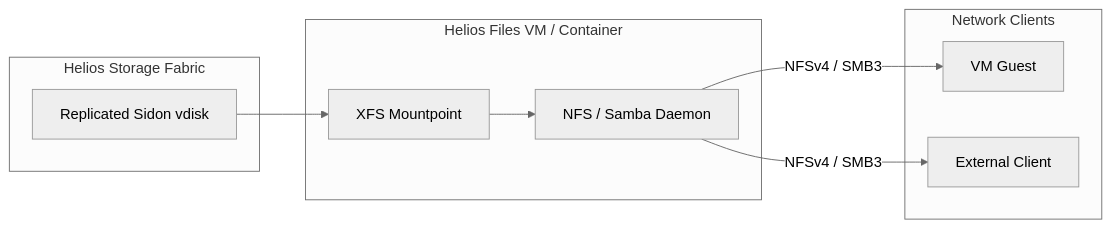
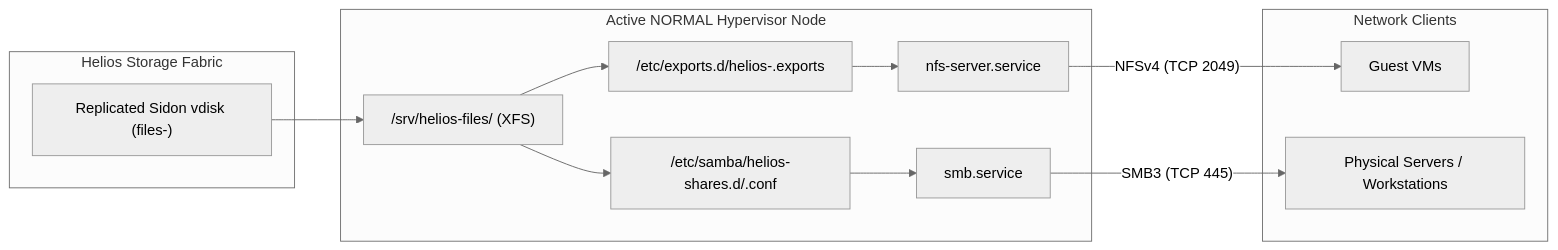
One commit to AuroraRyunix/Helios-HCI changed the second of 5 diagrams in docs/add_ons_design.md. Above: the diagram before and after it, drawn with Mermaid (neutral theme). The commit also changed other lines of this file and 8 other files, not shown here.

````diff
--- a/docs/add_ons_design.md
+++ b/docs/add_ons_design.md
@@ -49,18 +63,24 @@
 ```mermaid
 graph LR
     subgraph Storage ["Helios Storage Fabric"]
-        Sidon["Replicated Sidon vdisk"]
+        Sidon["Replicated Sidon vdisk (files-<share>)"]
     end
-    subgraph VM ["Helios Files VM / Container"]
-        Mount["XFS Mountpoint"]
-        Exp["NFS / Samba Daemon"]
+    subgraph Host ["Active NORMAL Hypervisor Node"]
+        Mount["/srv/helios-files/<share> (XFS)"]
+        Exports["/etc/exports.d/helios-<share>.exports"]
+        Samba["/etc/samba/helios-shares.d/<share>.conf"]
+        NFS["nfs-server.service"]
+        SMB["smb.service"]
     end
     subgraph Clients ["Network Clients"]
-        C1["VM Guest"]
-        C2["External Client"]
+        VM["Guest VMs"]
+        BareMetal["Physical Servers / Workstations"]
     end
     Sidon --> Mount
-    Mount --> Exp
-    Exp -- NFSv4 / SMB3 --> C1
-    Exp -- NFSv4 / SMB3 --> C2
+    Mount --> Exports
+    Mount --> Samba
+    Exports --> NFS
+    Samba --> SMB
+    NFS -- NFSv4 (TCP 2049) --> VM
+    SMB -- SMB3 (TCP 445) --> BareMetal
 ```
````
